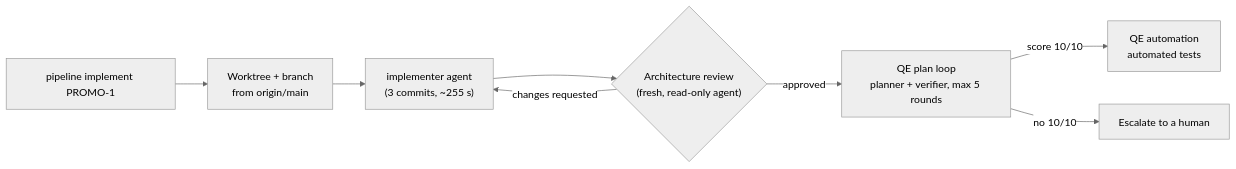
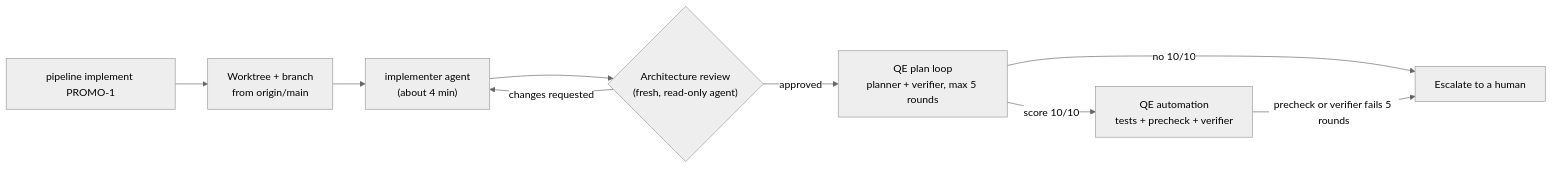
Before and after one commit to armandodollia-slalom/AI-Immersion-eShop: the diagram in docs/ai-pipeline/demo-first-results.md, drawn with Mermaid (neutral theme). The commit also changed other lines of this file, not shown here.

````diff
--- a/docs/ai-pipeline/demo-first-results.md
+++ b/docs/ai-pipeline/demo-first-results.md
@@ -11,10 +11,11 @@
 ```mermaid
 flowchart LR
   C["pipeline implement PROMO-1"] --> W["Worktree + branch<br/>from origin/main"]
-  W --> I["implementer agent<br/>(3 commits, ~255 s)"]
+  W --> I["implementer agent<br/>(about 4 min)"]
   I --> R{"Architecture review<br/>(fresh, read-only agent)"}
   R -->|changes requested| I
   R -->|approved| P["QE plan loop<br/>planner + verifier, max 5 rounds"]
-  P -->|score 10/10| A["QE automation<br/>automated tests"]
+  P -->|score 10/10| A["QE automation<br/>tests + precheck + verifier"]
   P -->|no 10/10| E["Escalate to a human"]
+  A -->|precheck or verifier fails 5 rounds| E
 ```
````
